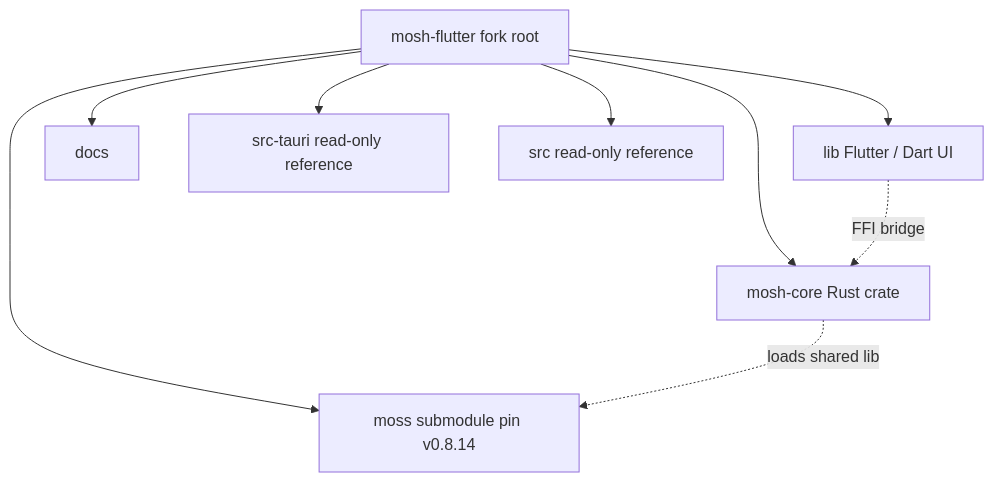
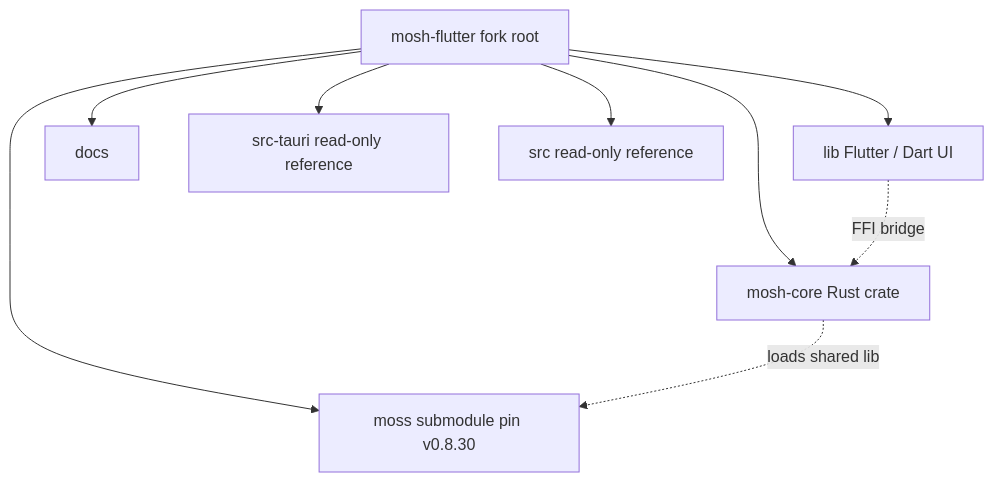
The second of 12 diagrams in docs/Architecture.md (redstone-md/mosh-flutter), drawn with Mermaid before and after one commit. The commit also changed 3 other files, not shown here.

First line of the commit message:
feat(moss): bump the moss submodule to v0.8.30

````diff
--- a/docs/Architecture.md
+++ b/docs/Architecture.md
@@ -51,19 +51,19 @@
 ```mermaid
 flowchart TB
     Fork[mosh-flutter fork root]
     Core[mosh-core Rust crate]
-    MossSub[moss submodule pin v0.8.14]
+    MossSub[moss submodule pin v0.8.30]
     Lib[lib Flutter / Dart UI]
     Docs[docs]
     SrcTauri[src-tauri read-only reference]
     Src[src read-only reference]
 
     Fork --> Core
     Fork --> MossSub
     Fork --> Lib
     Fork --> Docs
     Fork --> SrcTauri
     Fork --> Src
     Lib -. FFI bridge .-> Core
     Core -. loads shared lib .-> MossSub
 ```
````
